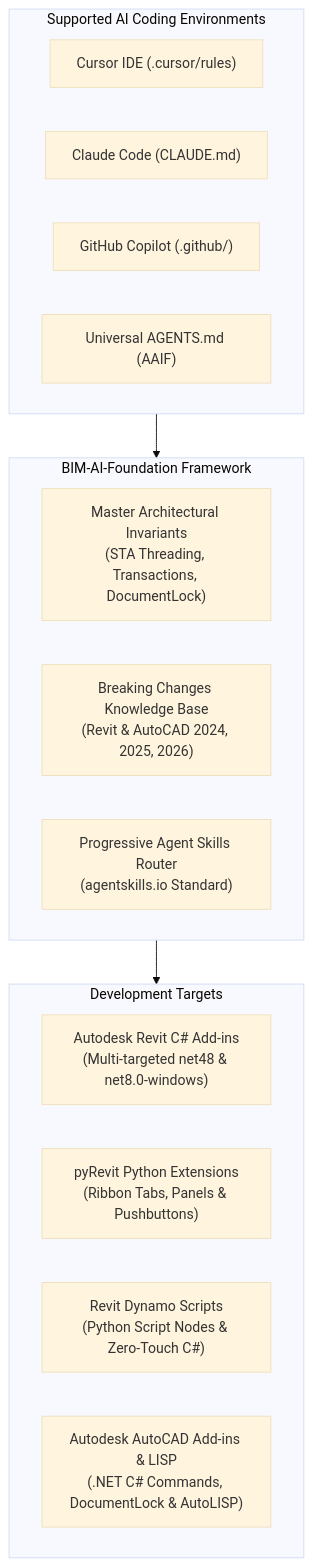
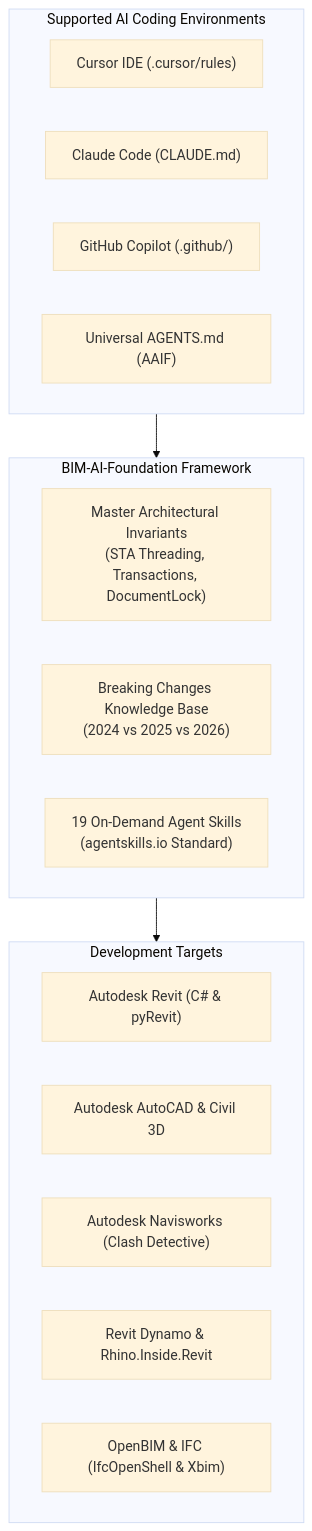
The diagram in README.md (Abhishekaggarwal1/BIM-AI-Foundation), drawn with Mermaid (base theme) before and after one commit. The commit also changed other lines of this file and 23 other files, not shown here.

Commit message:
feat: complete AEC ecosystem expansion (Navisworks, Civil 3D, OpenBIM, RiR, CI/CD, 19 skills)

````diff
--- a/README.md
+++ b/README.md
@@ -30,25 +35,26 @@
 ```mermaid
 flowchart TD
     subgraph MultiAI ["Supported AI Coding Environments"]
         A1["Cursor IDE (.cursor/rules)"]
         A2["Claude Code (CLAUDE.md)"]
         A3["GitHub Copilot (.github/)"]
         A4["Universal AGENTS.md (AAIF)"]
     end
 
     subgraph CoreEngine ["BIM-AI-Foundation Framework"]
         B1["Master Architectural Invariants<br/>(STA Threading, Transactions, DocumentLock)"]
-        B2["Breaking Changes Knowledge Base<br/>(Revit & AutoCAD 2024, 2025, 2026)"]
-        B3["Progressive Agent Skills Router<br/>(agentskills.io Standard)"]
+        B2["Breaking Changes Knowledge Base<br/>(2024 vs 2025 vs 2026)"]
+        B3["19 On-Demand Agent Skills<br/>(agentskills.io Standard)"]
     end
 
     subgraph Targets ["Development Targets"]
-        C1["Autodesk Revit C# Add-ins<br/>(Multi-targeted net48 & net8.0-windows)"]
-        C2["pyRevit Python Extensions<br/>(Ribbon Tabs, Panels & Pushbuttons)"]
-        C3["Revit Dynamo Scripts<br/>(Python Script Nodes & Zero-Touch C#)"]
-        C4["Autodesk AutoCAD Add-ins & LISP<br/>(.NET C# Commands, DocumentLock & AutoLISP)"]
+        C1["Autodesk Revit (C# & pyRevit)"]
+        C2["Autodesk AutoCAD & Civil 3D"]
+        C3["Autodesk Navisworks (Clash Detective)"]
+        C4["Revit Dynamo & Rhino.Inside.Revit"]
+        C5["OpenBIM & IFC (IfcOpenShell & Xbim)"]
     end
 
     MultiAI --> CoreEngine
     CoreEngine --> Targets
 ```
````
